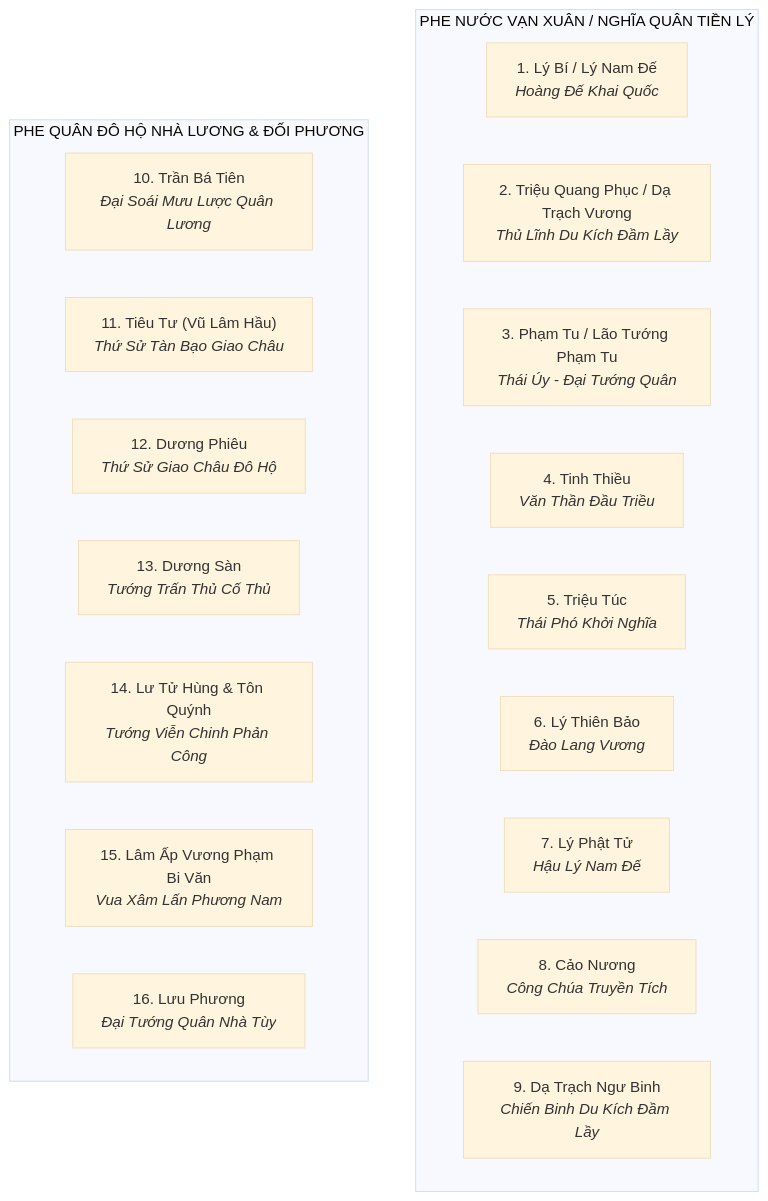
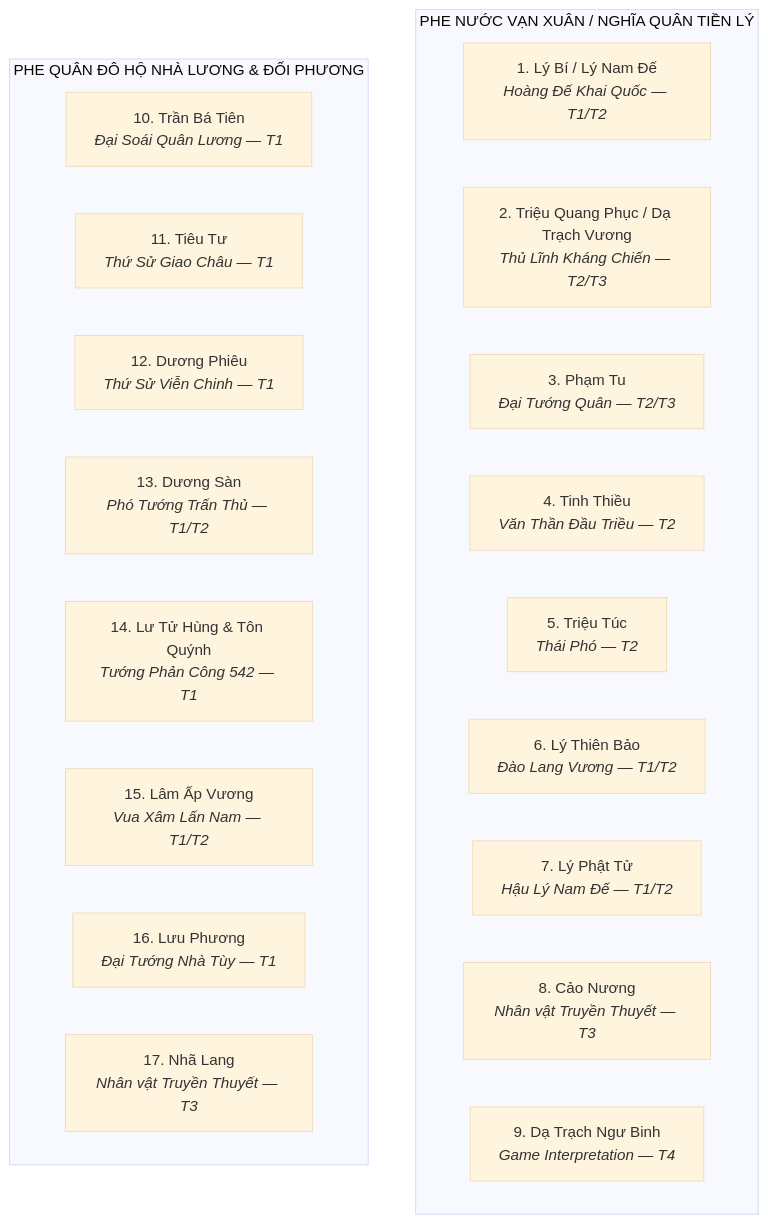
One commit to LightDucan/HuyenSu-TD changed the diagram in docs/drafts/viet-su/van-xuan/character-roster-and-sources.md. Above: the diagram before and after it, drawn with Mermaid (base theme). The commit also changed other lines of this file and 3 other files, not shown here.

````diff
--- a/docs/drafts/viet-su/van-xuan/character-roster-and-sources.md
+++ b/docs/drafts/viet-su/van-xuan/character-roster-and-sources.md
@@ -17,23 +16,24 @@
 ```mermaid
 graph TD
     subgraph PHE NƯỚC VẠN XUÂN / NGHĨA QUÂN TIỀN LÝ
-        H1["1. Lý Bí / Lý Nam Đế<br><i>Hoàng Đế Khai Quốc</i>"]
-        H2["2. Triệu Quang Phục / Dạ Trạch Vương<br><i>Thủ Lĩnh Du Kích Đầm Lầy</i>"]
-        H3["3. Phạm Tu / Lão Tướng Phạm Tu<br><i>Thái Úy - Đại Tướng Quân</i>"]
-        H4["4. Tinh Thiều<br><i>Văn Thần Đầu Triều</i>"]
-        H5["5. Triệu Túc<br><i>Thái Phó Khởi Nghĩa</i>"]
-        H6["6. Lý Thiên Bảo<br><i>Đào Lang Vương</i>"]
-        H7["7. Lý Phật Tử<br><i>Hậu Lý Nam Đế</i>"]
-        H8["8. Cảo Nương<br><i>Công Chúa Truyền Tích</i>"]
-        H9["9. Dạ Trạch Ngư Binh<br><i>Chiến Binh Du Kích Đầm Lầy</i>"]
+        H1["1. Lý Bí / Lý Nam Đế<br><i>Hoàng Đế Khai Quốc — T1/T2</i>"]
+        H2["2. Triệu Quang Phục / Dạ Trạch Vương<br><i>Thủ Lĩnh Kháng Chiến — T2/T3</i>"]
+        H3["3. Phạm Tu<br><i>Đại Tướng Quân — T2/T3</i>"]
+        H4["4. Tinh Thiều<br><i>Văn Thần Đầu Triều — T2</i>"]
+        H5["5. Triệu Túc<br><i>Thái Phó — T2</i>"]
+        H6["6. Lý Thiên Bảo<br><i>Đào Lang Vương — T1/T2</i>"]
+        H7["7. Lý Phật Tử<br><i>Hậu Lý Nam Đế — T1/T2</i>"]
+        H8["8. Cảo Nương<br><i>Nhân vật Truyền Thuyết — T3</i>"]
+        H9["9. Dạ Trạch Ngư Binh<br><i>Game Interpretation — T4</i>"]
     end
     subgraph PHE QUÂN ĐÔ HỘ NHÀ LƯƠNG & ĐỐI PHƯƠNG
-        E1["10. Trần Bá Tiên<br><i>Đại Soái Mưu Lược Quân Lương</i>"]
-        E2["11. Tiêu Tư (Vũ Lâm Hầu)<br><i>Thứ Sử Tàn Bạo Giao Châu</i>"]
-        E3["12. Dương Phiêu<br><i>Thứ Sử Giao Châu Đô Hộ</i>"]
-        E4["13. Dương Sàn<br><i>Tướng Trấn Thủ Cố Thủ</i>"]
-        E5["14. Lư Tử Hùng & Tôn Quýnh<br><i>Tướng Viễn Chinh Phản Công</i>"]
-        E6["15. Lâm Ấp Vương Phạm Bi Văn<br><i>Vua Xâm Lấn Phương Nam</i>"]
-        E7["16. Lưu Phương<br><i>Đại Tướng Quân Nhà Tùy</i>"]
+        E1["10. Trần Bá Tiên<br><i>Đại Soái Quân Lương — T1</i>"]
+        E2["11. Tiêu Tư<br><i>Thứ Sử Giao Châu — T1</i>"]
+        E3["12. Dương Phiêu<br><i>Thứ Sử Viễn Chinh — T1</i>"]
+        E4["13. Dương Sàn<br><i>Phó Tướng Trấn Thủ — T1/T2</i>"]
+        E5["14. Lư Tử Hùng & Tôn Quýnh<br><i>Tướng Phản Công 542 — T1</i>"]
+        E6["15. Lâm Ấp Vương<br><i>Vua Xâm Lấn Nam — T1/T2</i>"]
+        E7["16. Lưu Phương<br><i>Đại Tướng Nhà Tùy — T1</i>"]
+        E8["17. Nhã Lang<br><i>Nhân vật Truyền Thuyết — T3</i>"]
     end
 ```
````
